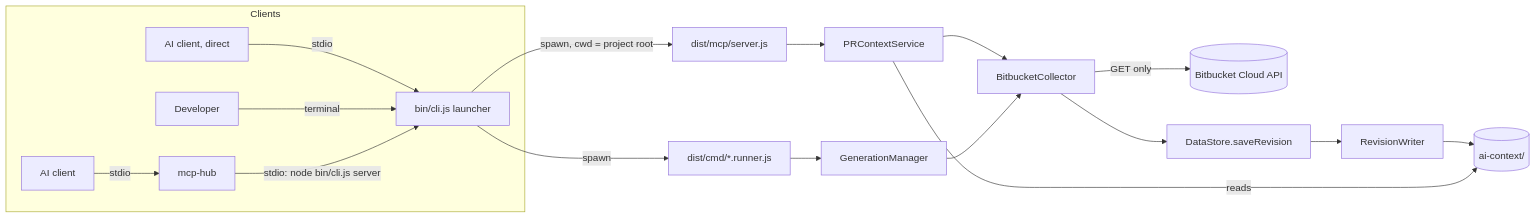
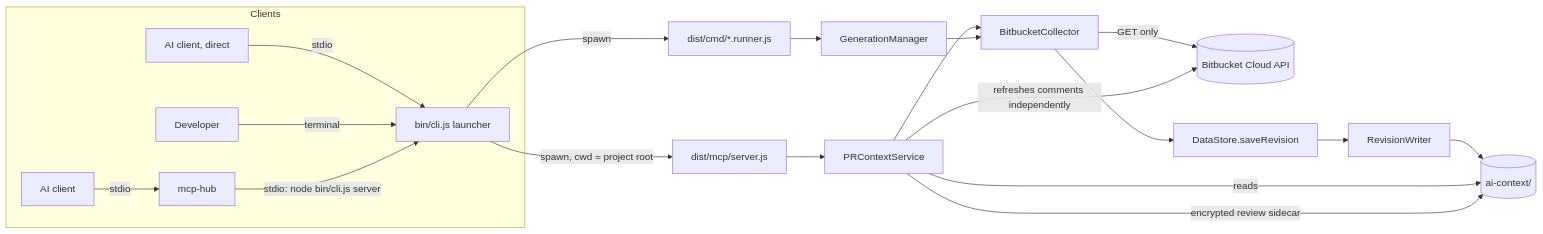
Before and after one commit to Ninh-Duong/mcp-pr-companion: the first of 2 diagrams in docs/ARCHITECTURE.md, drawn with Mermaid. The commit also changed other lines of this file and 57 other files, not shown here.

````diff
--- a/docs/ARCHITECTURE.md
+++ b/docs/ARCHITECTURE.md
@@ -5,20 +5,22 @@
 ```mermaid
 flowchart LR
     subgraph Clients
         A[AI client] -->|stdio| H[mcp-hub]
         A2[AI client, direct] -->|stdio| L
         U[Developer] -->|terminal| L
     end
     H -->|"stdio: node bin/cli.js server"| L[bin/cli.js launcher]
     L -->|spawn, cwd = project root| S[dist/mcp/server.js]
     L -->|spawn| C[dist/cmd/*.runner.js]
     S --> P[PRContextService]
     C --> G[GenerationManager]
     P --> COL[BitbucketCollector]
     G --> COL
     COL -->|GET only| BB[(Bitbucket Cloud API)]
     COL --> DS[DataStore.saveRevision]
     DS --> RW[RevisionWriter]
     RW --> FS[(ai-context/)]
     P -->|reads| FS
+    P -->|refreshes comments independently| BB
+    P -->|encrypted review sidecar| FS
 ```
````
